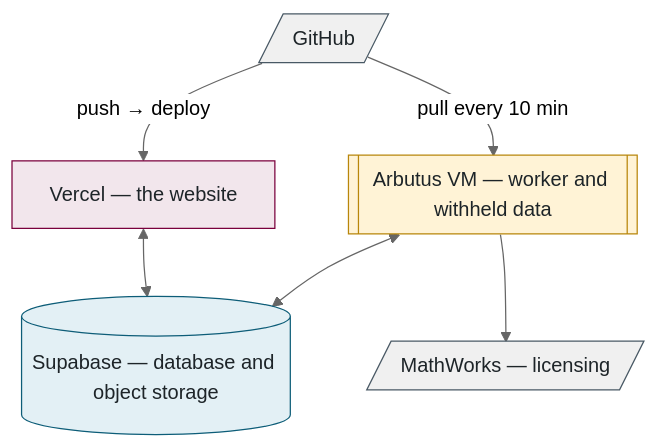
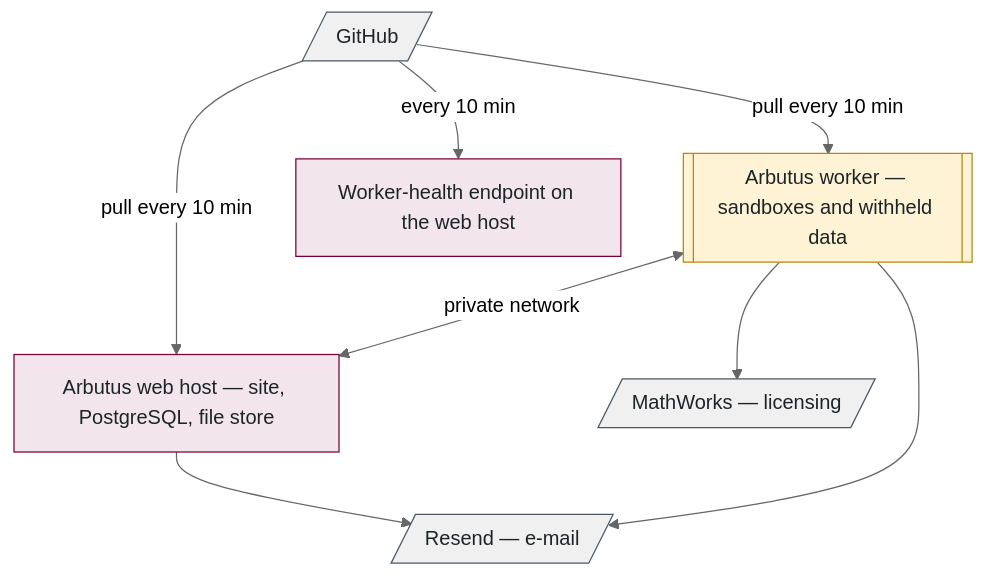
One commit to McMaster-Battery-Research-Group/battery-soc-benchmark changed the first of 2 diagrams in docs/walkthrough/09-infrastructure.md. Above: the diagram before and after it, drawn with Mermaid (neutral theme). The commit also changed other lines of this file and 46 other files, not shown here.

````diff
--- a/docs/walkthrough/09-infrastructure.md
+++ b/docs/walkthrough/09-infrastructure.md
@@ -13,16 +13,16 @@
 ```mermaid
 flowchart TB
-    G[/"GitHub"/] -- "push → deploy" --> V["Vercel — the website"]
-    G -- "pull every 10 min" --> M[["Arbutus VM — worker and withheld data"]]
-    V <--> S[("Supabase — database and object storage")]
-    M <--> S
+    G[/"GitHub"/] -- "pull every 10 min" --> V["Arbutus web host — site, PostgreSQL, file store"]
+    G -- "pull every 10 min" --> M[["Arbutus worker — sandboxes and withheld data"]]
+    M <-- "private network" --> V
     M --> L[/"MathWorks — licensing"/]
+    V --> R[/"Resend — e-mail"/]
+    M --> R
+    G -- "every 10 min" --> H["Worker-health endpoint on the web host"]
     classDef ext fill:#F0F0F0,stroke:#495965,color:#1d2428
     classDef web fill:#F2E6EC,stroke:#7A003C,color:#1d2428
     classDef worker fill:#FFF3D6,stroke:#B8860B,color:#1d2428
-    classDef data fill:#E3F0F5,stroke:#0D5D78,color:#1d2428
-    class G,L ext
-    class V web
+    class G,L,R ext
+    class V,H web
     class M worker
-    class S data
 ```
````
